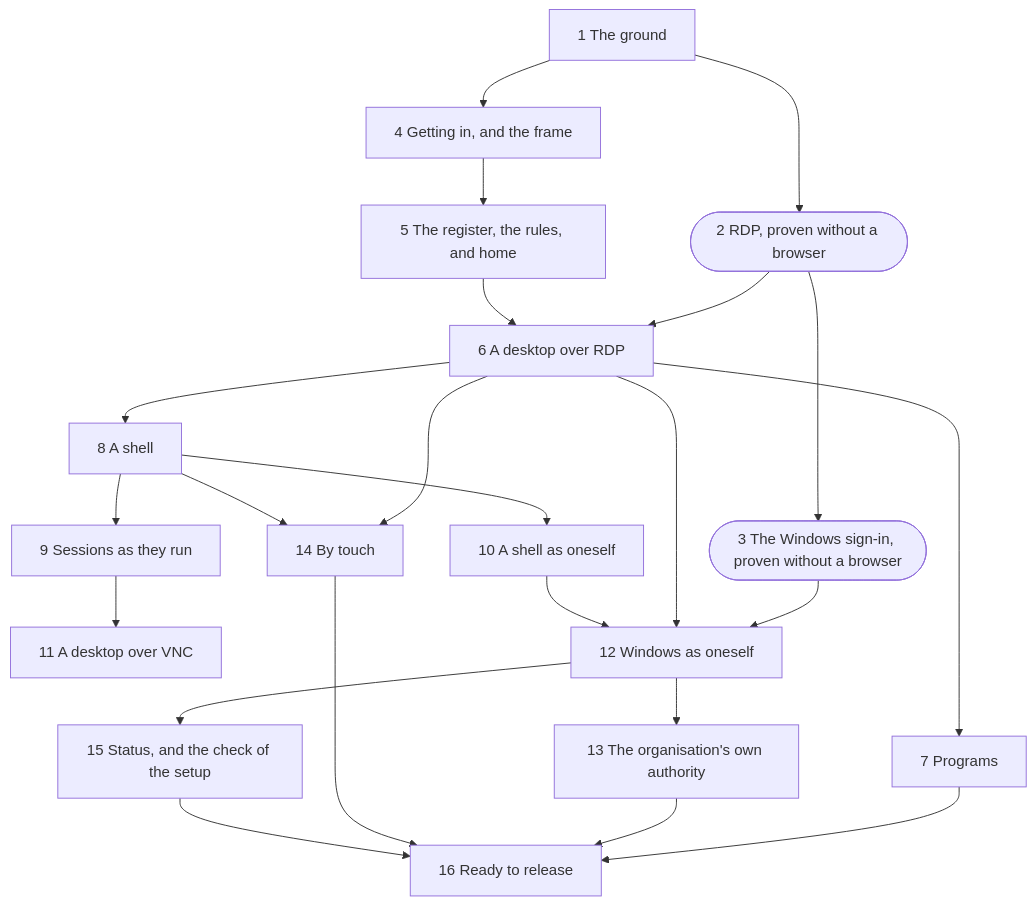
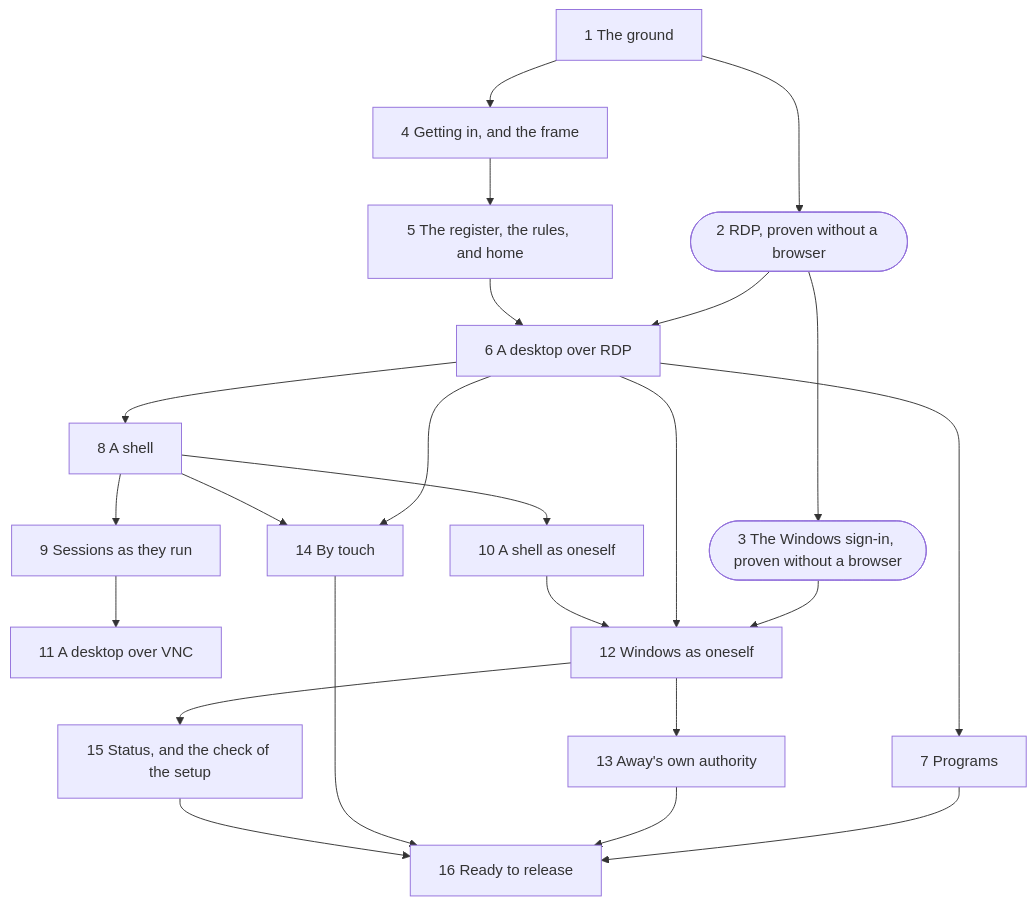
One commit to nalet/away changed the diagram in spec/plan/README.md. Above: the diagram before and after it, drawn with Mermaid. The commit also changed other lines of this file and 7 other files, not shown here.

First line of the commit message:
The organisation's own authority is proven and built first, and Away's own after it

````diff
--- a/spec/plan/README.md
+++ b/spec/plan/README.md
@@ -38,41 +38,41 @@
 ```mermaid
 flowchart TD
   p01["1 The ground"]
   p02(["2 RDP, proven without a browser"])
   p03(["3 The Windows sign-in, proven without a browser"])
   p04["4 Getting in, and the frame"]
   p05["5 The register, the rules, and home"]
   p06["6 A desktop over RDP"]
   p07["7 Programs"]
   p08["8 A shell"]
   p09["9 Sessions as they run"]
   p10["10 A shell as oneself"]
   p11["11 A desktop over VNC"]
   p12["12 Windows as oneself"]
-  p13["13 The organisation's own authority"]
+  p13["13 Away's own authority"]
   p14["14 By touch"]
   p15["15 Status, and the check of the setup"]
   p16["16 Ready to release"]
   p01 --> p02
   p02 --> p03
   p01 --> p04
   p04 --> p05
   p02 --> p06
   p05 --> p06
   p06 --> p07
   p06 --> p08
   p08 --> p09
   p08 --> p10
   p09 --> p11
   p03 --> p12
   p06 --> p12
   p10 --> p12
   p12 --> p13
   p06 --> p14
   p08 --> p14
   p12 --> p15
   p07 --> p16
   p13 --> p16
   p14 --> p16
   p15 --> p16
 ```
````
